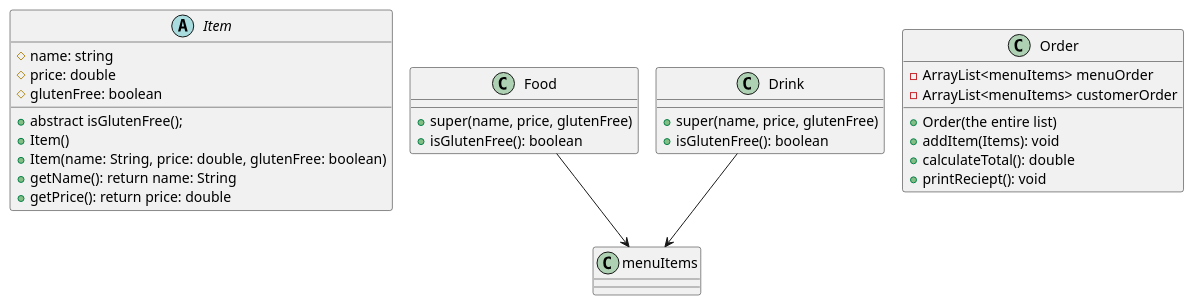
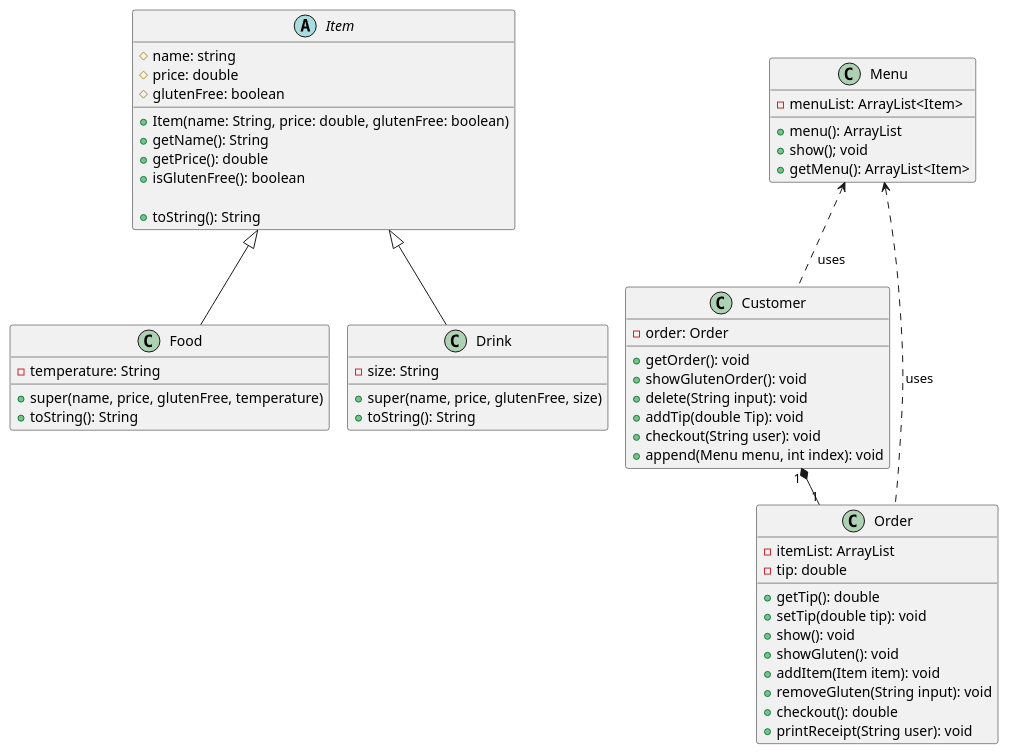
The diagram in src/diagram.puml (bliglesias/CSC205-Java-Project-2026), drawn with PlantUML before and after one commit. The commit also changed 10 other files, not shown here.

```diff
--- a/src/diagram.puml
+++ b/src/diagram.puml
@@ -1,35 +1,67 @@
-@startuml
+@startuml Porject
 
 !pragma layout smetana
 
 abstract class Item{
-    # name: string
-    # price: double
-    # glutenFree: boolean
+    #name: string
+    #price: double
+    #glutenFree: boolean
 
-    +abstract isGlutenFree();
-    +Item()
     +Item(name: String, price: double, glutenFree: boolean)
-    +getName(): return name: String
-    +getPrice(): return price: double
+    +getName(): String
+    +getPrice(): double
+    +isGlutenFree(): boolean
+
+    +toString(): String
 }
 class Food{
-    +super(name, price, glutenFree)
-    +isGlutenFree(): boolean
+    -temperature: String
+
+    +super(name, price, glutenFree, temperature)
+    +toString(): String
 }
 class Drink{
-    +super(name, price, glutenFree)
-    +isGlutenFree(): boolean
+    -size: String
+
+    +super(name, price, glutenFree, size)
+    +toString(): String
+}
+class Menu{
+    -menuList: ArrayList<Item>
+
+    +menu(): ArrayList
+    +show(); void
+    +getMenu(): ArrayList<Item>
+}
+class Customer{
+    -order: Order
+
+    +getOrder(): void
+    +showGlutenOrder(): void
+    +delete(String input): void
+    +addTip(double Tip): void
+    +checkout(String user): void
+    +append(Menu menu, int index): void
 }
 class Order{
-    -ArrayList<menuItems> menuOrder
-    -ArrayList<menuItems> customerOrder
-    +Order(the entire list)
-    +addItem(Items): void
-    +calculateTotal(): double
-    +printReciept(): void
+    -itemList: ArrayList
+    -tip: double
+
+    +getTip(): double
+    +setTip(double tip): void
+    +show(): void
+    +showGluten(): void
+    +addItem(Item item): void
+    +removeGluten(String input): void
+    +checkout(): double
+    +printReceipt(String user): void  
 }
 
-Food --> menuItems
-Drink --> menuItems
+' 
+
+Item <|-- Food
+Item <|-- Drink
+Menu <.. Customer: uses
+Menu <.. Order: uses
+Customer "1" *-- "1" Order
 @enduml
```
